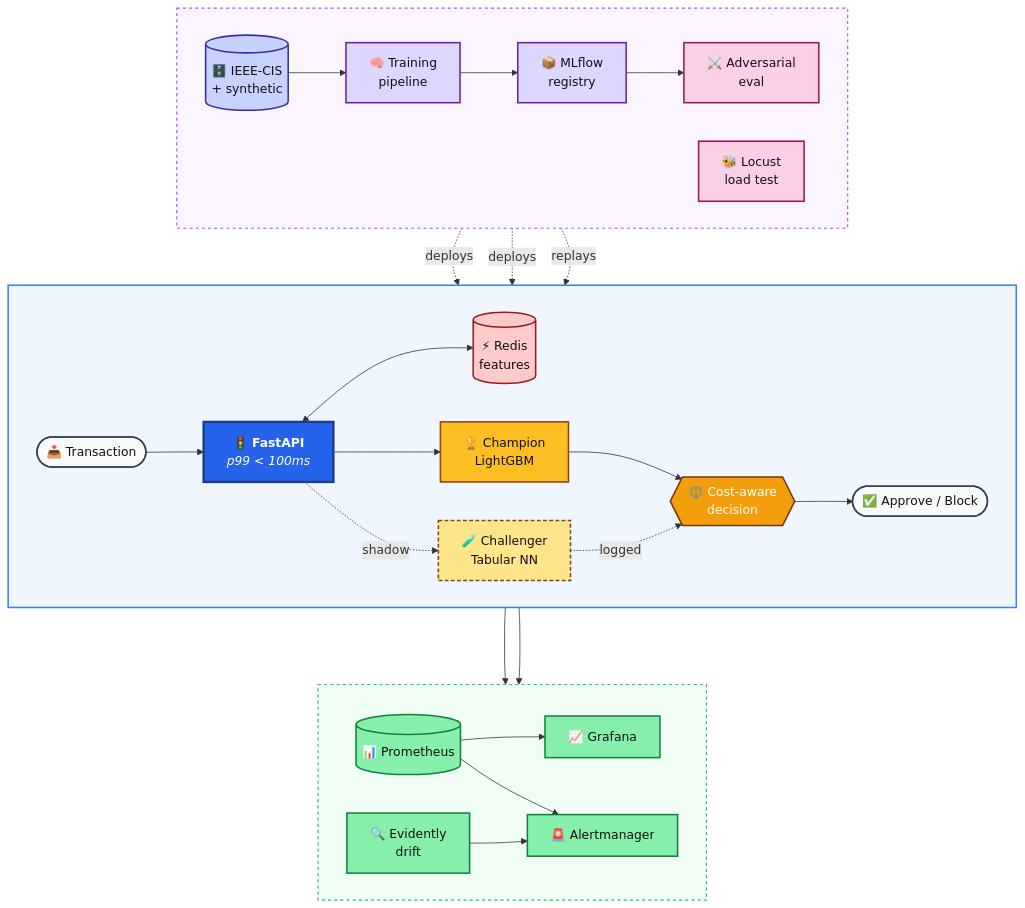
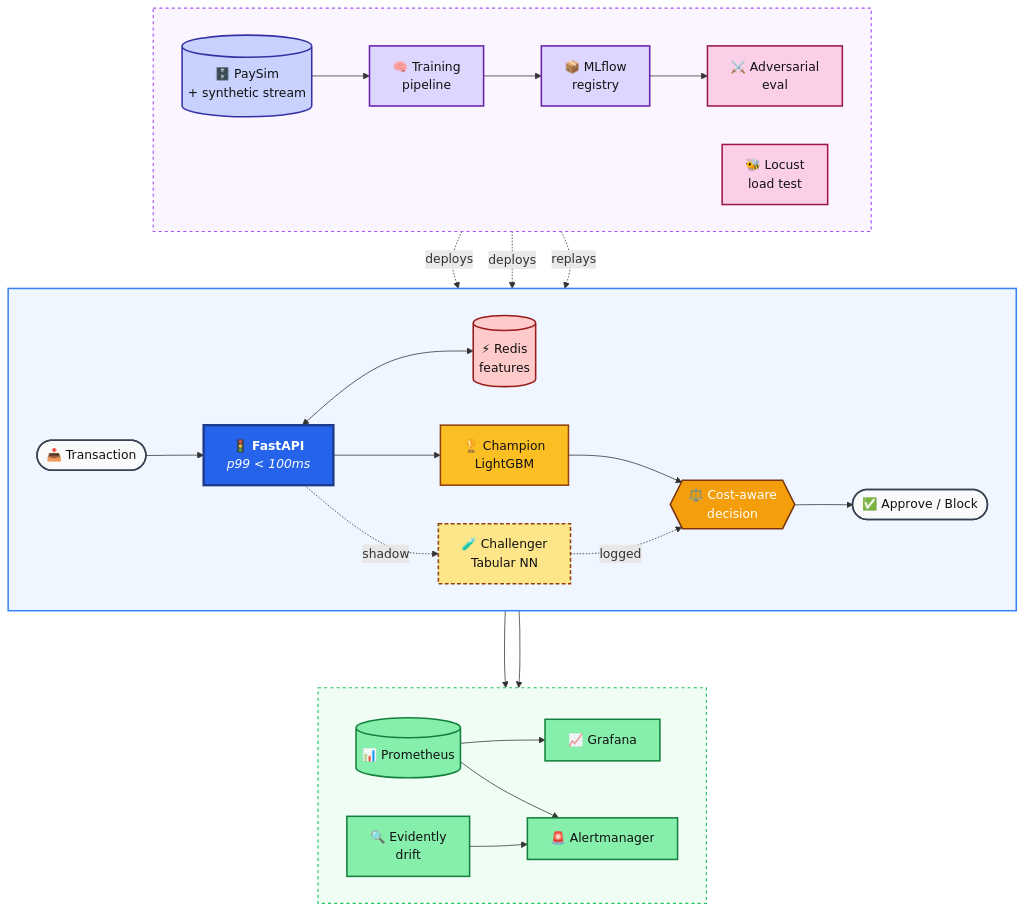
One commit to hugocorreia123/sentinel-fraud-mlops changed the diagram in docs/architecture/architecture.mmd. Above: the diagram before and after it, drawn with Mermaid. The commit also changed 1 other file, not shown here.

Commit message:
Pivot from IEEE-CIS to PaySim — update README, diagram, and dataset framing

```diff
--- a/docs/architecture/architecture.mmd
+++ b/docs/architecture/architecture.mmd
@@ -1,79 +1,79 @@
 flowchart TB
   %% ============================================================
   %% ROW 1 — REAL-TIME INFERENCE (left to right)
   %% ============================================================
   subgraph ROW1[" "]
     direction LR
     req([📥 Transaction]):::edge
     api[🚦 <b>FastAPI</b><br/><i>p99 &lt; 100ms</i>]:::api
     redis[(⚡ Redis<br/>features)]:::store
     champ[🏆 Champion<br/>LightGBM]:::champ
     chal[🧪 Challenger<br/>Tabular NN]:::chal
     decision{{⚖️ Cost-aware<br/>decision}}:::decision
     resp([✅ Approve / Block]):::edge
 
     req --> api
     api <--> redis
     api --> champ
     api -.shadow.-> chal
     champ --> decision
     chal -.logged.-> decision
     decision --> resp
   end
 
   %% ============================================================
   %% ROW 2 — OBSERVABILITY (continuous)
   %% ============================================================
   subgraph ROW2[" "]
     direction LR
     prom[(📊 Prometheus)]:::obs
     evid[🔍 Evidently<br/>drift]:::obs
     graf[📈 Grafana]:::obs
     alert[🚨 Alertmanager]:::obs
 
     prom --> graf
     prom --> alert
     evid --> alert
   end
 
   %% ============================================================
   %% ROW 3 — OFFLINE TRAINING & EVALUATION
   %% ============================================================
   subgraph ROW3[" "]
     direction LR
-    data[(🗄️ IEEE-CIS<br/>+ synthetic)]:::data
+    data[(🗄️ PaySim<br/>+ synthetic stream)]:::data
     train[🧠 Training<br/>pipeline]:::mlops
     mlflow[📦 MLflow<br/>registry]:::mlops
     adv[⚔️ Adversarial<br/>eval]:::eval
     load[🐝 Locust<br/>load test]:::eval
 
     data --> train --> mlflow
     mlflow --> adv
   end
 
   %% ============================================================
   %% CROSS-ROW CONNECTIONS — only vertical
   %% ============================================================
   api ---> prom
   api ---> evid
   mlflow -.deploys.-> champ
   mlflow -.deploys.-> chal
   load -.replays.-> api
 
   %% ============================================================
   %% STYLES
   %% ============================================================
   classDef edge fill:#F9FAFB,stroke:#374151,color:#111,stroke-width:2px
   classDef api fill:#2563EB,stroke:#1E3A8A,color:#FFF,stroke-width:3px
   classDef store fill:#FECACA,stroke:#991B1B,color:#111,stroke-width:2px
   classDef champ fill:#FBBF24,stroke:#92400E,color:#111,stroke-width:2px
   classDef chal fill:#FDE68A,stroke:#92400E,color:#111,stroke-width:2px,stroke-dasharray:5 3
   classDef decision fill:#F59E0B,stroke:#78350F,color:#FFF,stroke-width:2px
   classDef obs fill:#86EFAC,stroke:#15803D,color:#111,stroke-width:2px
   classDef data fill:#C7D2FE,stroke:#3730A3,color:#111,stroke-width:2px
   classDef mlops fill:#DDD6FE,stroke:#6B21A8,color:#111,stroke-width:2px
   classDef eval fill:#FBCFE8,stroke:#9D174D,color:#111,stroke-width:2px
 
   style ROW1 fill:#EFF6FF,stroke:#3B82F6,stroke-width:2px
   style ROW2 fill:#F0FDF4,stroke:#22C55E,stroke-width:1.5px,stroke-dasharray:4 4
   style ROW3 fill:#FAF5FF,stroke:#A855F7,stroke-width:1.5px,stroke-dasharray:4 4
```
